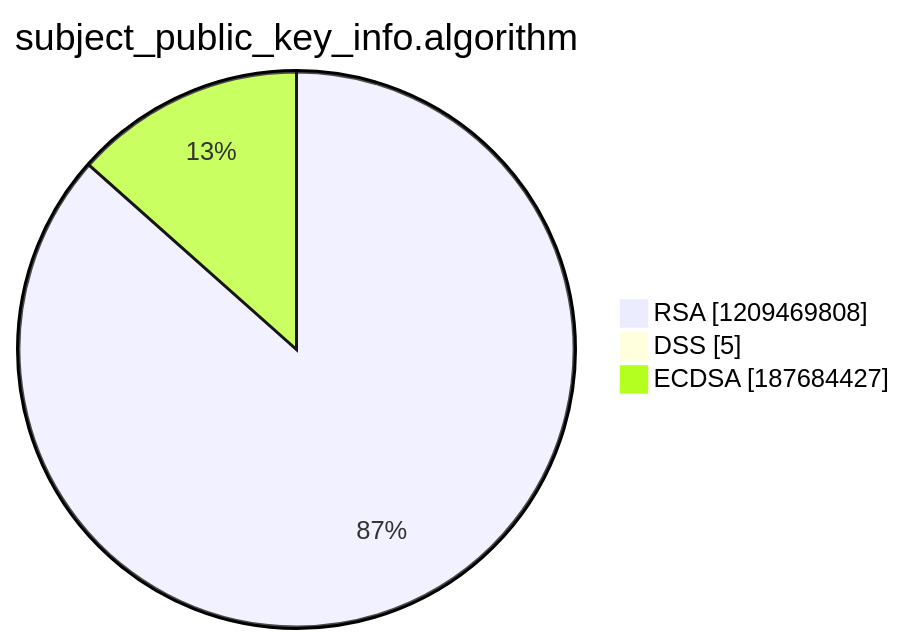
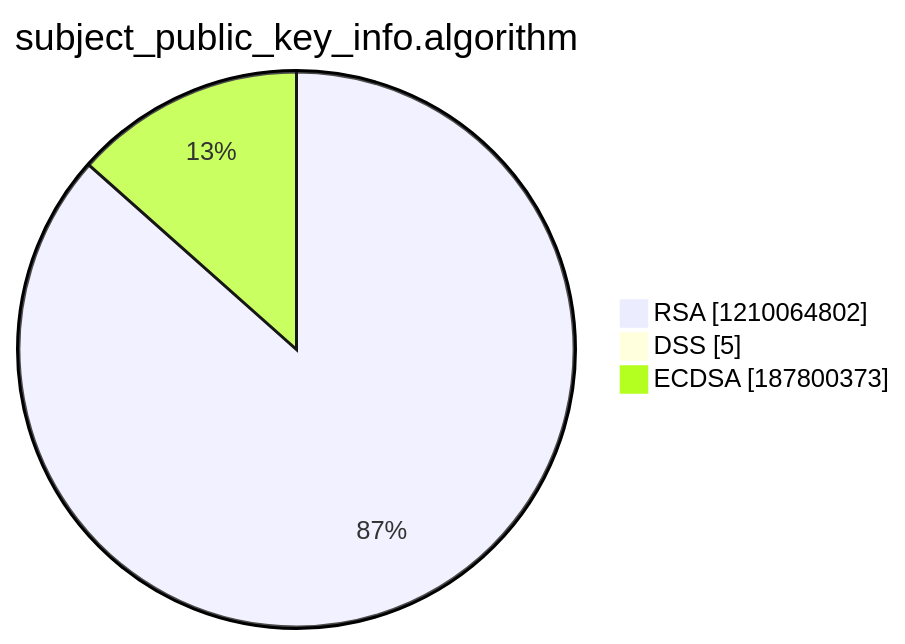
One commit to christiankrug/ctmonitor_visualization changed the third of 15 diagrams in argon2022/README.md. Above: the diagram before and after it, drawn with Mermaid. The commit also changed other lines of this file, not shown here.

````diff
--- a/argon2022/README.md
+++ b/argon2022/README.md
@@ -14,7 +14,7 @@
 ```mermaid
 pie showData
 title subject_public_key_info.algorithm
-"RSA" :1209469808
+"RSA" :1210064802
 "DSS" :5
-"ECDSA" :187684427
+"ECDSA" :187800373
 ```
````
